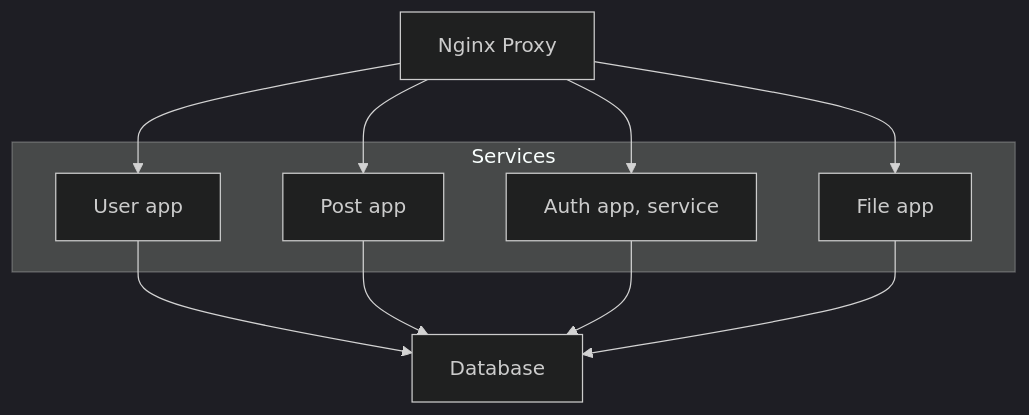
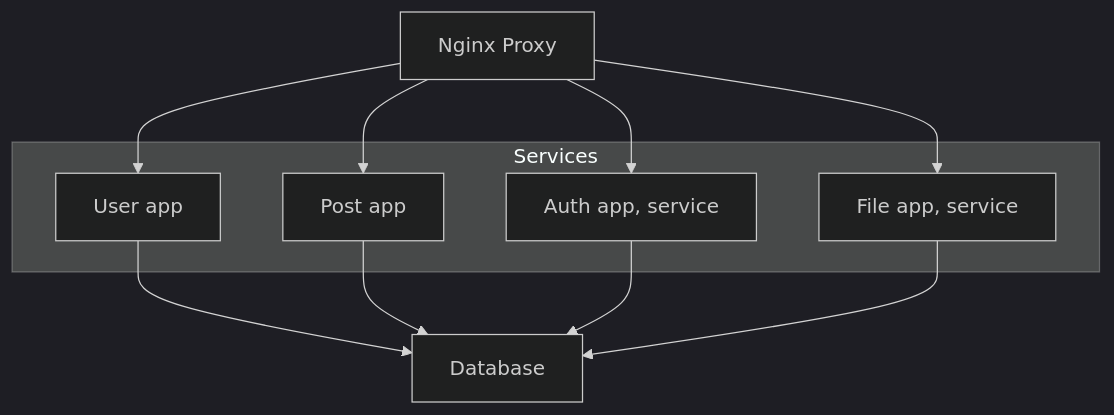
One commit to georgiirocket/nestjs-monorepo-krakend changed the diagram in README.md. Above: the diagram before and after it, drawn with Mermaid (dark theme). The commit also changed 3 other files, not shown here.

````diff
--- a/README.md
+++ b/README.md
@@ -71,22 +71,22 @@
 ```mermaid
   flowchart TD
     G[Nginx Proxy]
     D[Database]
 
     subgraph Services
         s1[User app]
         s2[Post app]
         s2[Post app]
         s3[Auth app, service]
-        s4[File app]
+        s4[File app, service]
     end
 
     G --> s1
     G --> s3
     G --> s2
     G --> s4
     s1 --> D
     s2 --> D
     s3 --> D
     s4 --> D
 ```
````
